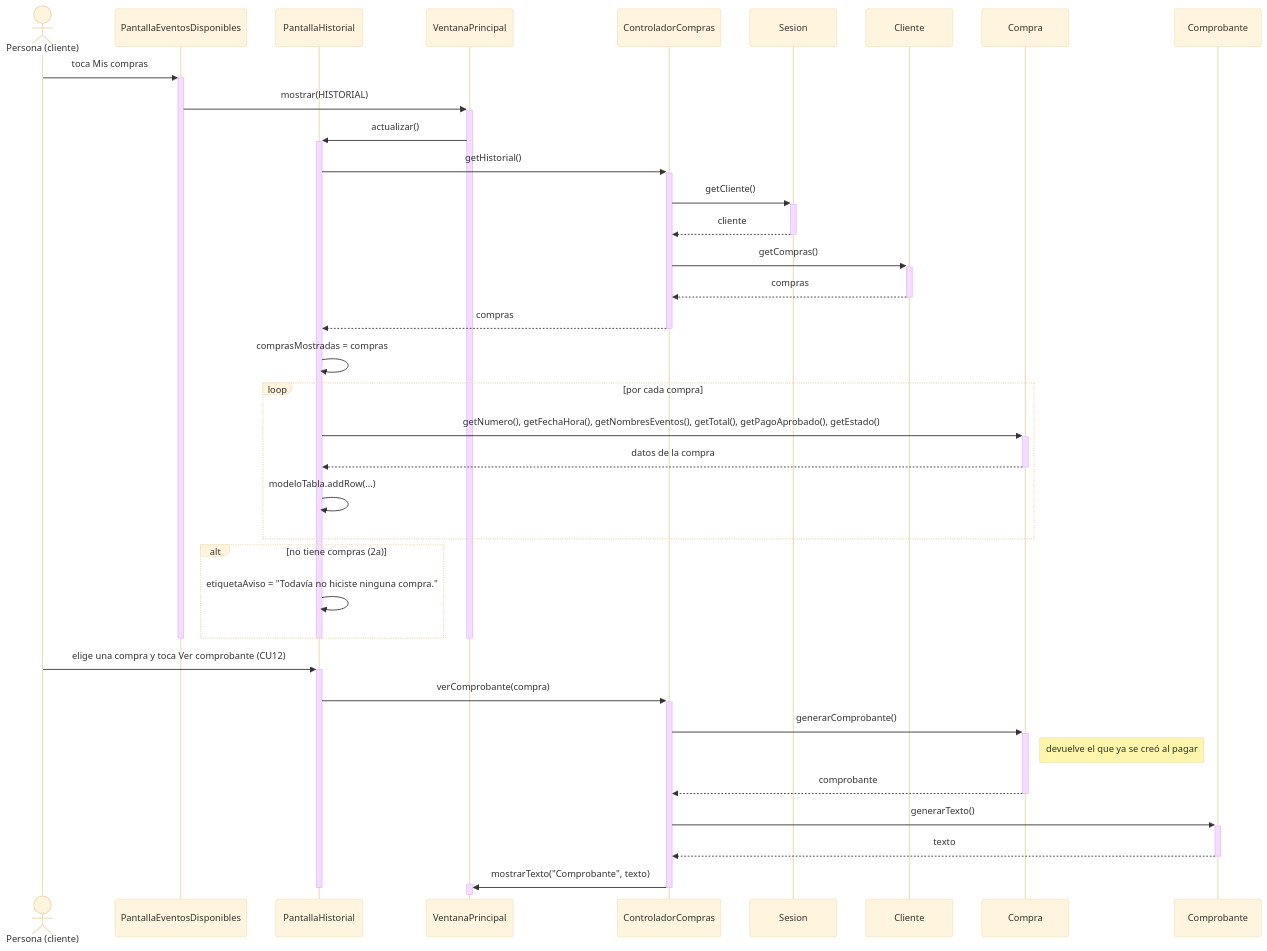
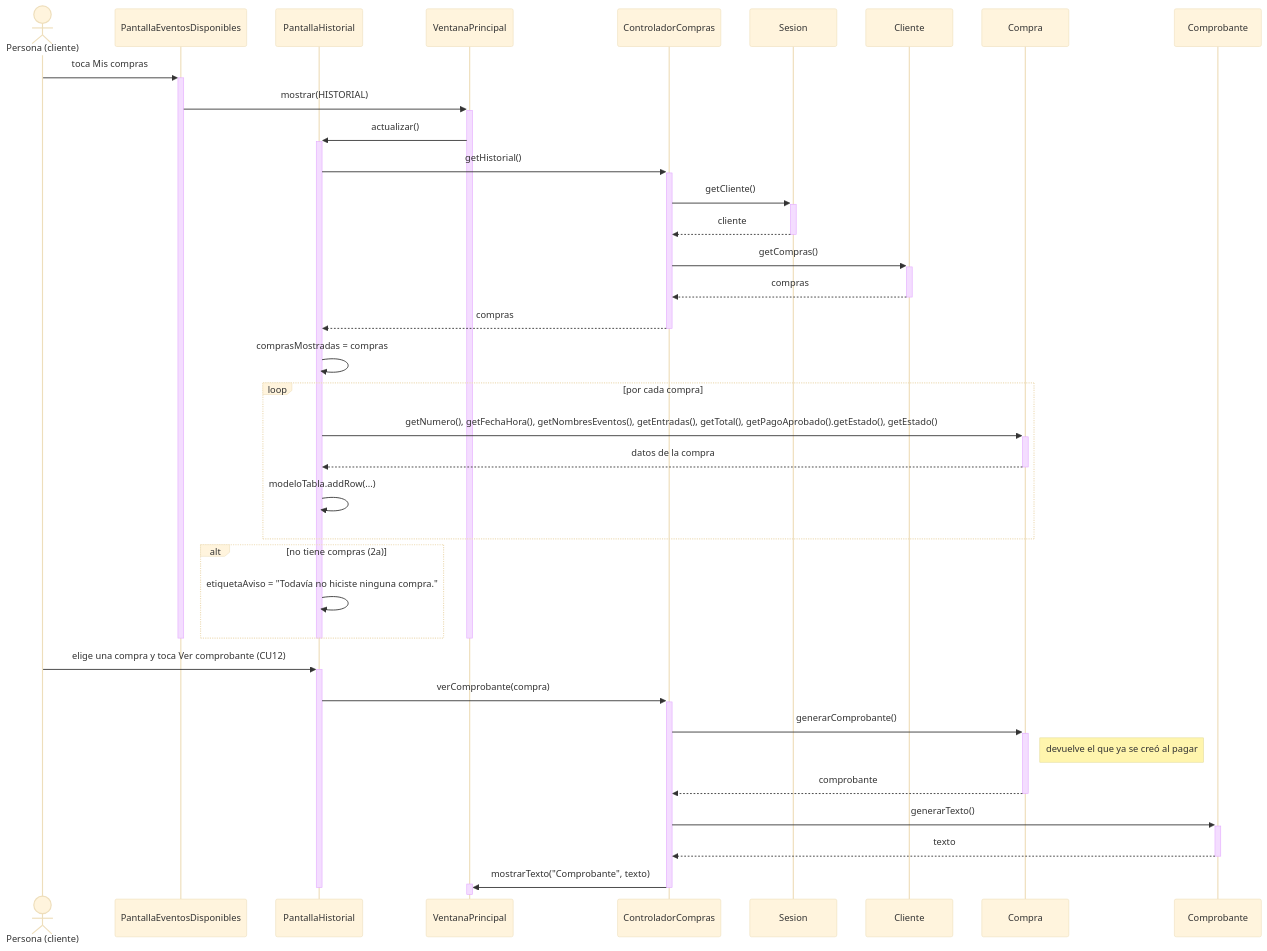
The diagram in docs/diseno/secuencias/CU13-consultar-historial.md (AgustinSimonenco/gestion-eventos-musicales), drawn with Mermaid (base theme) before and after one commit. The commit also changed 11 other files, not shown here.

Commit message:
Bitacora 2026-11-06: proyecto terminado; casos de uso y diagramas alineados con el codigo

````diff
--- a/docs/diseno/secuencias/CU13-consultar-historial.md
+++ b/docs/diseno/secuencias/CU13-consultar-historial.md
@@ -9,46 +9,46 @@
 ```mermaid
 sequenceDiagram
     actor U as Persona (cliente)
     participant PE as PantallaEventosDisponibles
     participant P as PantallaHistorial
     participant V as VentanaPrincipal
     participant C as ControladorCompras
     participant S as Sesion
     participant Cl as Cliente
     participant Co as Compra
     participant Cb as Comprobante
 
     U->>+PE: toca Mis compras
     PE->>+V: mostrar(HISTORIAL)
     V->>+P: actualizar()
     P->>+C: getHistorial()
     C->>+S: getCliente()
     S-->>-C: cliente
     C->>+Cl: getCompras()
     Cl-->>-C: compras
     C-->>-P: compras
     P->>P: comprasMostradas = compras
     loop por cada compra
-        P->>+Co: getNumero(), getFechaHora(), getNombresEventos(), getTotal(), getPagoAprobado(), getEstado()
+        P->>+Co: getNumero(), getFechaHora(), getNombresEventos(), getEntradas(), getTotal(), getPagoAprobado().getEstado(), getEstado()
         Co-->>-P: datos de la compra
         P->>P: modeloTabla.addRow(...)
     end
     alt no tiene compras (2a)
         P->>P: etiquetaAviso = "Todavía no hiciste ninguna compra."
     end
     deactivate P
     deactivate V
     deactivate PE
 
     U->>+P: elige una compra y toca Ver comprobante (CU12)
     P->>+C: verComprobante(compra)
     C->>+Co: generarComprobante()
     Note right of Co: devuelve el que ya se creó al pagar
     Co-->>-C: comprobante
     C->>+Cb: generarTexto()
     Cb-->>-C: texto
     C->>+V: mostrarTexto("Comprobante", texto)
     deactivate V
     deactivate C
     deactivate P
 ```
````
